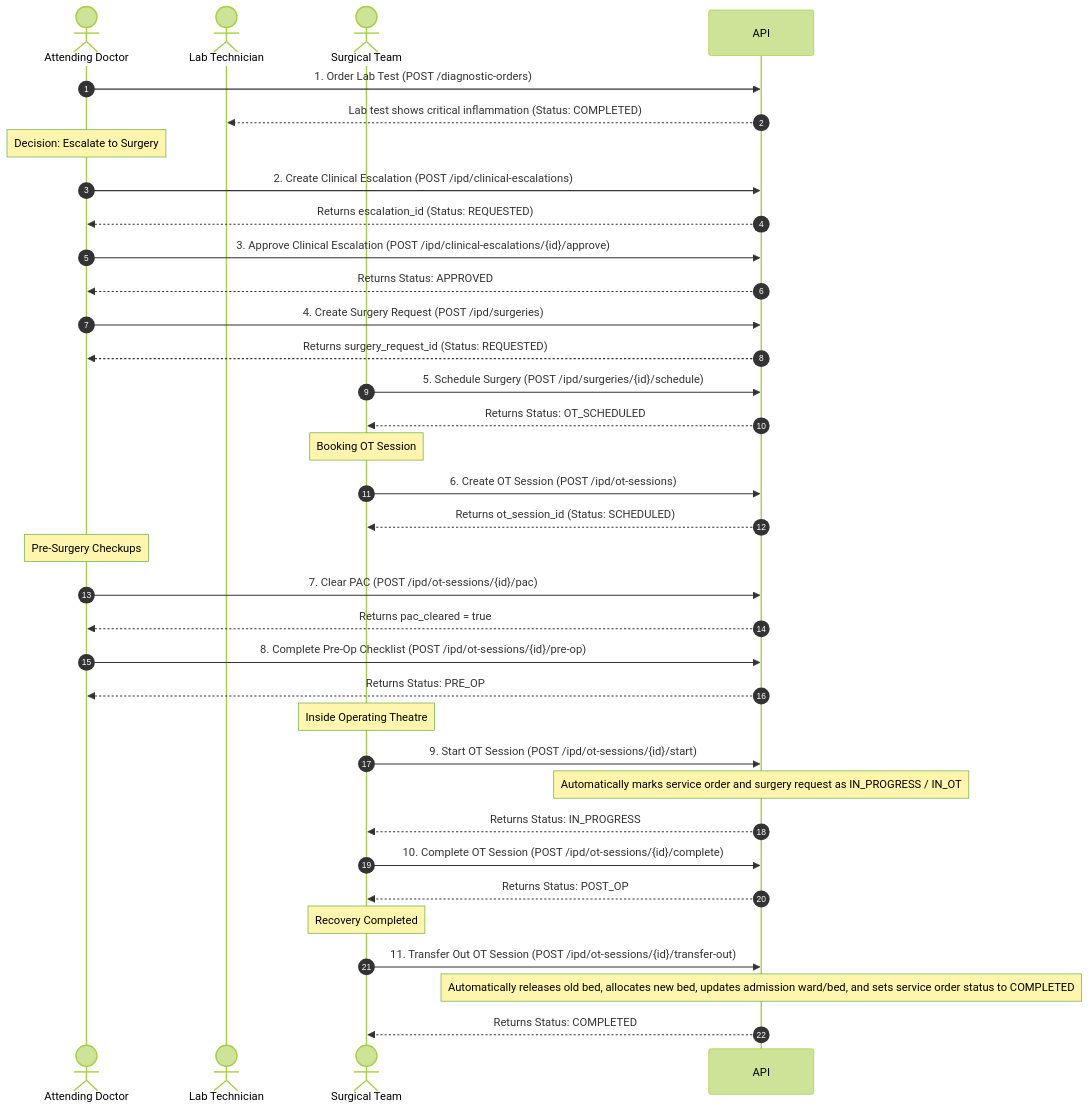
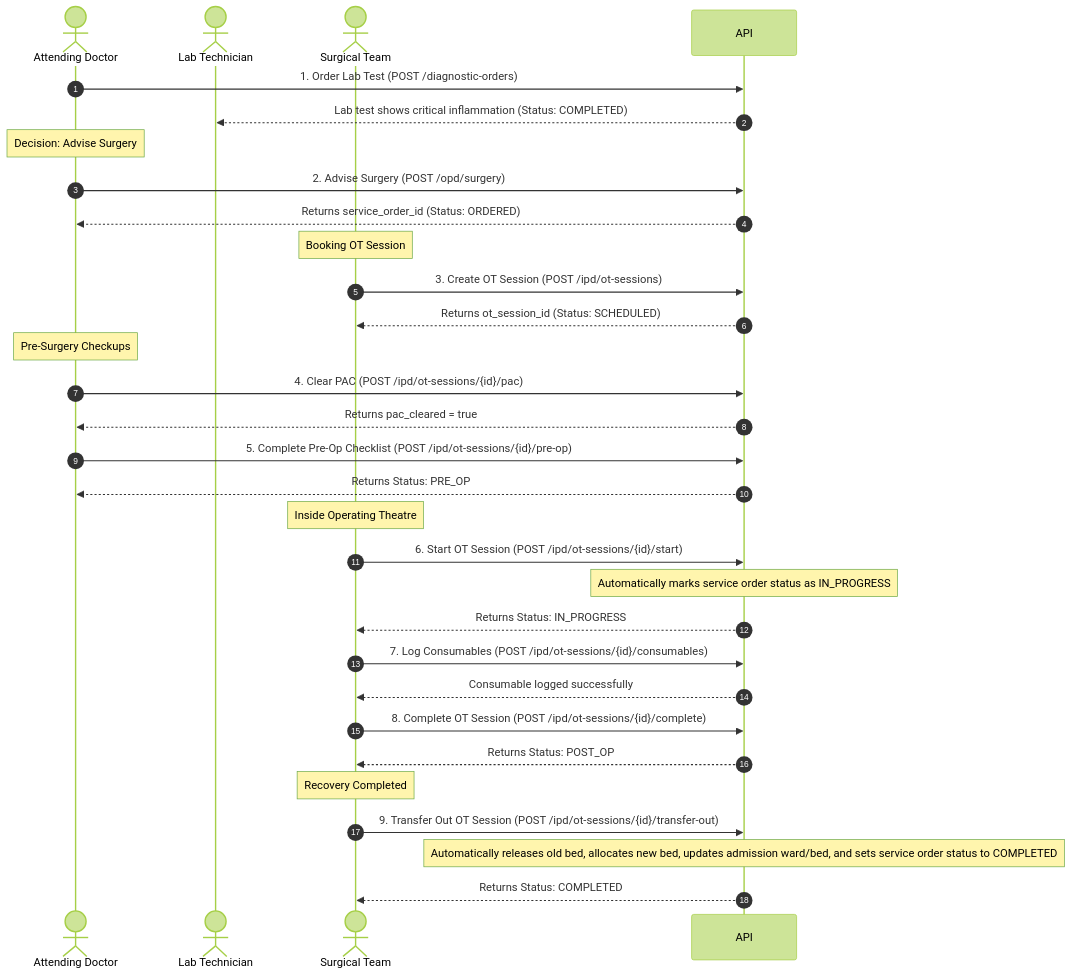
The third of 3 diagrams in docs/clinical_workflows_integration_guide.md (saikarthik-arovita/api-docs-postman), drawn with Mermaid (forest theme) before and after one commit. The commit also changed other lines of this file and 6 other files, not shown here.

````diff
--- a/docs/clinical_workflows_integration_guide.md
+++ b/docs/clinical_workflows_integration_guide.md
@@ -604,47 +583,41 @@
 ```mermaid
 sequenceDiagram
     autonumber
     actor Doc as Attending Doctor
     actor Lab as Lab Technician
     actor Surg as Surgical Team
     
     Doc->>API: 1. Order Lab Test (POST /diagnostic-orders)
     API-->>Lab: Lab test shows critical inflammation (Status: COMPLETED)
     
-    Note over Doc: Decision: Escalate to Surgery
-    Doc->>API: 2. Create Clinical Escalation (POST /ipd/clinical-escalations)
-    API-->>Doc: Returns escalation_id (Status: REQUESTED)
-    
-    Doc->>API: 3. Approve Clinical Escalation (POST /ipd/clinical-escalations/{id}/approve)
-    API-->>Doc: Returns Status: APPROVED
-    
-    Doc->>API: 4. Create Surgery Request (POST /ipd/surgeries)
-    API-->>Doc: Returns surgery_request_id (Status: REQUESTED)
-    
-    Surg->>API: 5. Schedule Surgery (POST /ipd/surgeries/{id}/schedule)
-    API-->>Surg: Returns Status: OT_SCHEDULED
+    Note over Doc: Decision: Advise Surgery
+    Doc->>API: 2. Advise Surgery (POST /opd/surgery)
+    API-->>Doc: Returns service_order_id (Status: ORDERED)
     
     Note over Surg: Booking OT Session
-    Surg->>API: 6. Create OT Session (POST /ipd/ot-sessions)
+    Surg->>API: 3. Create OT Session (POST /ipd/ot-sessions)
     API-->>Surg: Returns ot_session_id (Status: SCHEDULED)
     
     Note over Doc: Pre-Surgery Checkups
-    Doc->>API: 7. Clear PAC (POST /ipd/ot-sessions/{id}/pac)
+    Doc->>API: 4. Clear PAC (POST /ipd/ot-sessions/{id}/pac)
     API-->>Doc: Returns pac_cleared = true
     
-    Doc->>API: 8. Complete Pre-Op Checklist (POST /ipd/ot-sessions/{id}/pre-op)
+    Doc->>API: 5. Complete Pre-Op Checklist (POST /ipd/ot-sessions/{id}/pre-op)
     API-->>Doc: Returns Status: PRE_OP
     
     Note over Surg: Inside Operating Theatre
-    Surg->>API: 9. Start OT Session (POST /ipd/ot-sessions/{id}/start)
-    Note over API: Automatically marks service order and surgery request as IN_PROGRESS / IN_OT
+    Surg->>API: 6. Start OT Session (POST /ipd/ot-sessions/{id}/start)
+    Note over API: Automatically marks service order status as IN_PROGRESS
     API-->>Surg: Returns Status: IN_PROGRESS
     
-    Surg->>API: 10. Complete OT Session (POST /ipd/ot-sessions/{id}/complete)
+    Surg->>API: 7. Log Consumables (POST /ipd/ot-sessions/{id}/consumables)
+    API-->>Surg: Consumable logged successfully
+    
+    Surg->>API: 8. Complete OT Session (POST /ipd/ot-sessions/{id}/complete)
     API-->>Surg: Returns Status: POST_OP
     
     Note over Surg: Recovery Completed
-    Surg->>API: 11. Transfer Out OT Session (POST /ipd/ot-sessions/{id}/transfer-out)
+    Surg->>API: 9. Transfer Out OT Session (POST /ipd/ot-sessions/{id}/transfer-out)
     Note over API: Automatically releases old bed, allocates new bed, updates admission ward/bed, and sets service order status to COMPLETED
     API-->>Surg: Returns Status: COMPLETED
 ```
````
